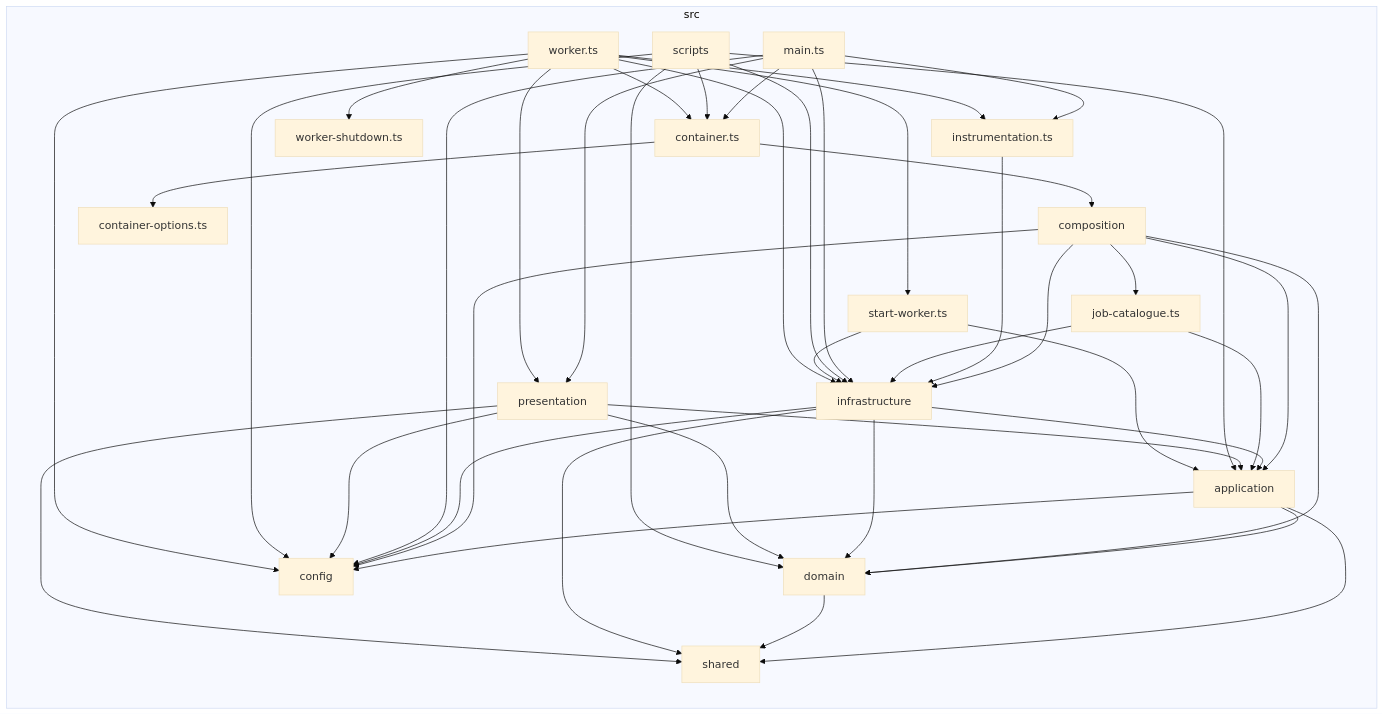
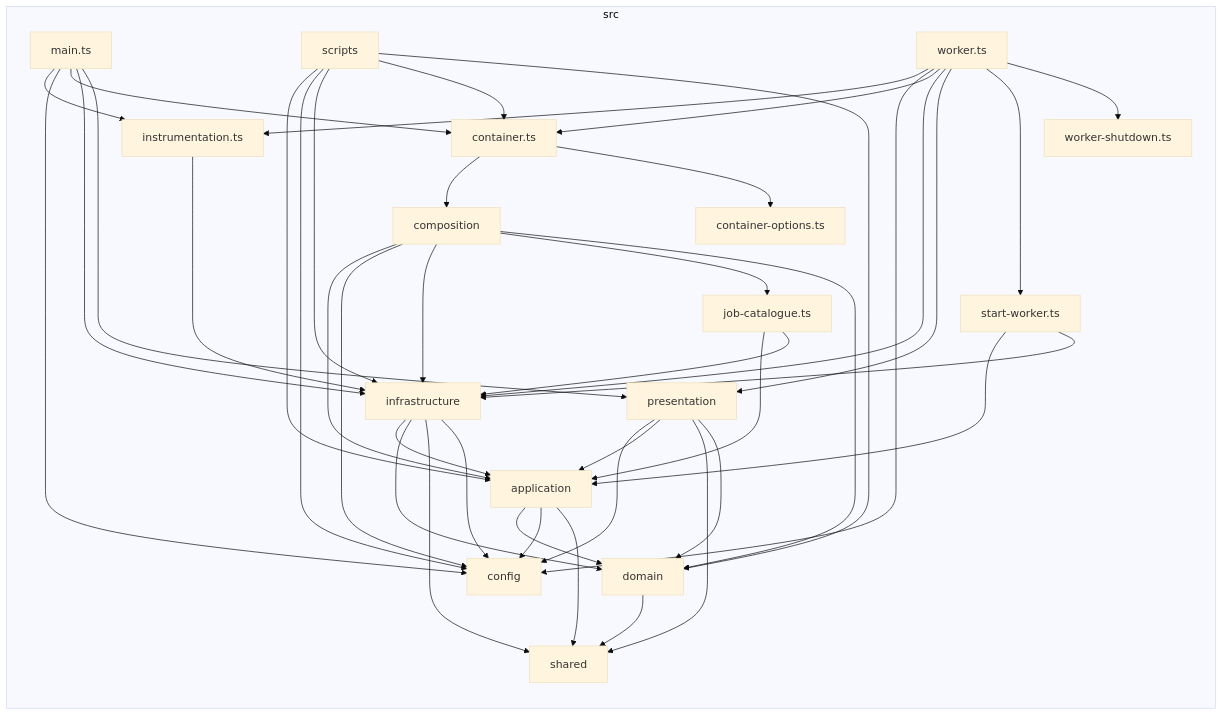
Before and after one commit to khusenov/backend-boilerplate: the diagram in docs/architecture-graph.md, drawn with Mermaid (base theme). The commit also changed other lines of this file and 46 other files, not shown here.

````diff
--- a/docs/architecture-graph.md
+++ b/docs/architecture-graph.md
@@ -1,63 +1,63 @@
 ```mermaid
 flowchart LR
 
 subgraph src["src"]
   src_application["application"]
   src_composition["composition"]
   src_config["config"]
   src_container_options_ts["container-options.ts"]
   src_container_ts["container.ts"]
   src_domain["domain"]
   src_infrastructure["infrastructure"]
   src_instrumentation_ts["instrumentation.ts"]
   src_job_catalogue_ts["job-catalogue.ts"]
   src_main_ts["main.ts"]
   src_presentation["presentation"]
   src_scripts["scripts"]
   src_shared["shared"]
   src_start_worker_ts["start-worker.ts"]
   src_worker_shutdown_ts["worker-shutdown.ts"]
   src_worker_ts["worker.ts"]
 end
 src_application-->src_domain
 src_application-->src_config
 src_application-->src_shared
 src_composition-->src_application
 src_composition-->src_config
 src_composition-->src_infrastructure
 src_composition-->src_job_catalogue_ts
 src_composition-->src_domain
 src_container_ts-->src_composition
 src_container_ts-->src_container_options_ts
 src_domain-->src_shared
 src_infrastructure-->src_application
 src_infrastructure-->src_domain
+src_infrastructure-->src_shared
 src_infrastructure-->src_config
-src_infrastructure-->src_shared
 src_instrumentation_ts-->src_infrastructure
 src_job_catalogue_ts-->src_application
 src_job_catalogue_ts-->src_infrastructure
 src_main_ts-->src_instrumentation_ts
 src_main_ts-->src_config
 src_main_ts-->src_container_ts
 src_main_ts-->src_infrastructure
 src_main_ts-->src_presentation
 src_presentation-->src_config
+src_presentation-->src_application
 src_presentation-->src_shared
-src_presentation-->src_application
 src_presentation-->src_domain
 src_scripts-->src_application
 src_scripts-->src_config
 src_scripts-->src_infrastructure
 src_scripts-->src_container_ts
 src_scripts-->src_domain
 src_start_worker_ts-->src_application
 src_start_worker_ts-->src_infrastructure
 src_worker_ts-->src_instrumentation_ts
 src_worker_ts-->src_config
 src_worker_ts-->src_container_ts
 src_worker_ts-->src_infrastructure
 src_worker_ts-->src_presentation
 src_worker_ts-->src_start_worker_ts
 src_worker_ts-->src_worker_shutdown_ts
 ```
````
